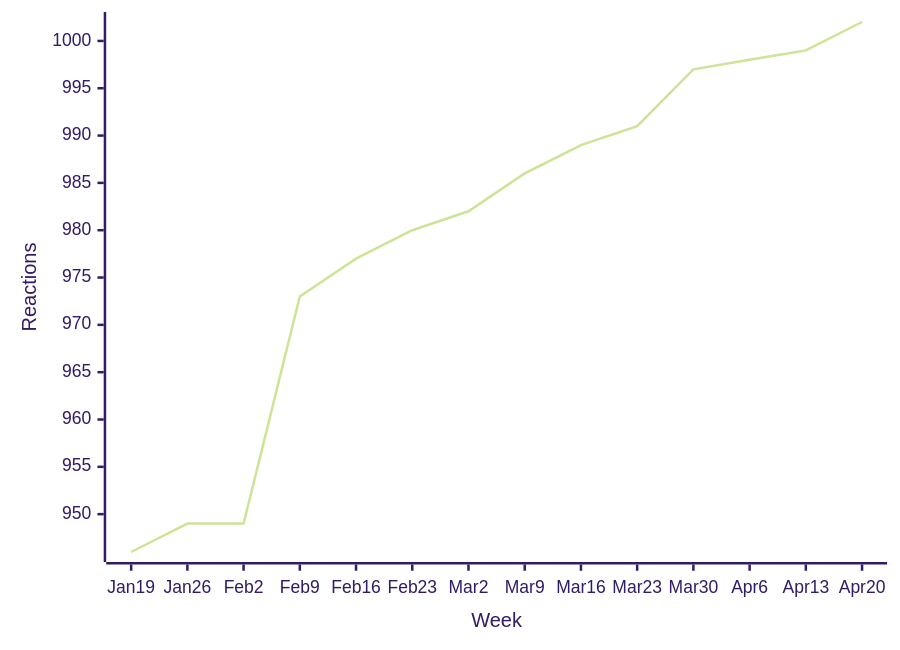
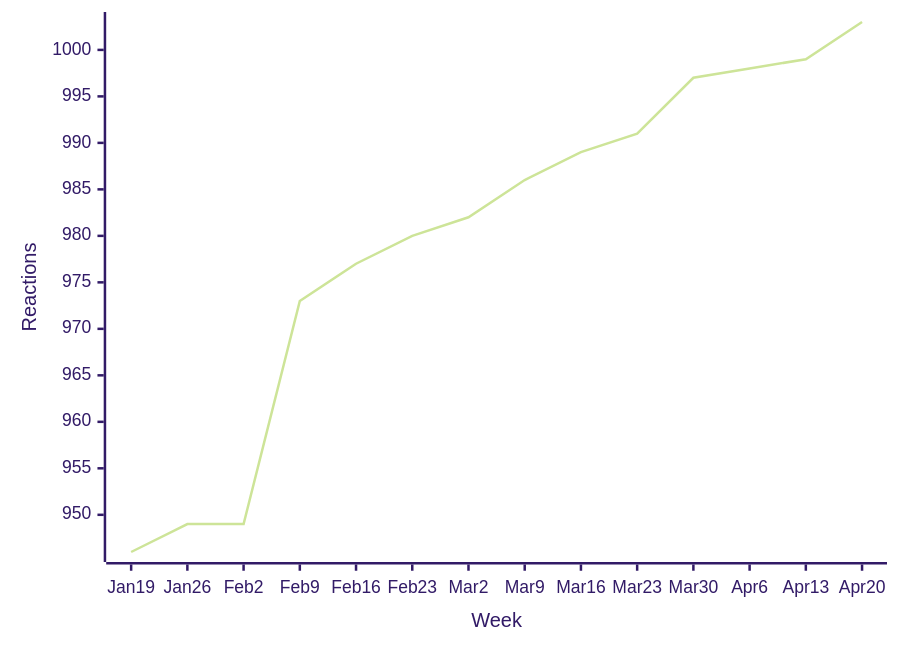
One commit to loic-sharma/github-insights changed the second of 60 diagrams in README.md. Above: the diagram before and after it, drawn with Mermaid (forest theme). The commit also changed other lines of this file and 1 other file, not shown here.

````diff
--- a/README.md
+++ b/README.md
@@ -356,6 +356,6 @@
   ```mermaid
   xychart-beta
     x-axis "Week" [Jan 19, Jan 26, Feb 2, Feb 9, Feb 16, Feb 23, Mar 2, Mar 9, Mar 16, Mar 23, Mar 30, Apr 6, Apr 13, Apr 20]
     y-axis "Reactions"
-    line [946, 949, 949, 973, 977, 980, 982, 986, 989, 991, 997, 998, 999, 1002]
+    line [946, 949, 949, 973, 977, 980, 982, 986, 989, 991, 997, 998, 999, 1003]
   ```
````
